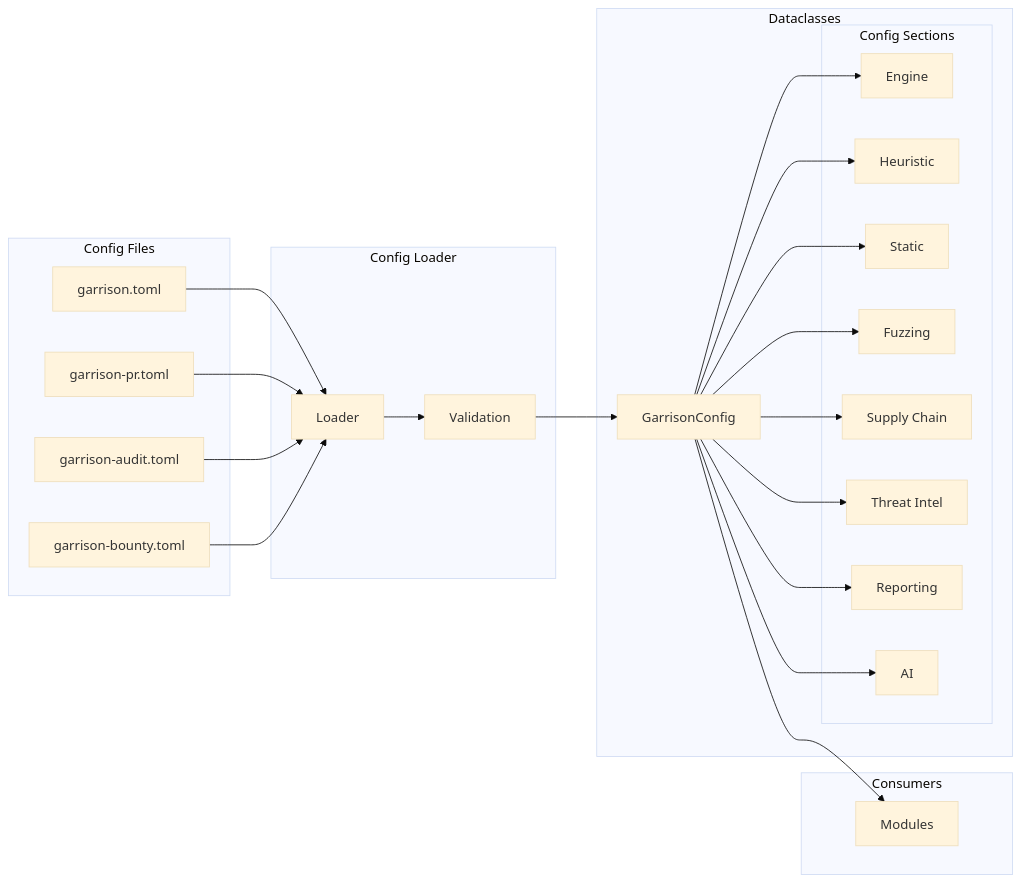
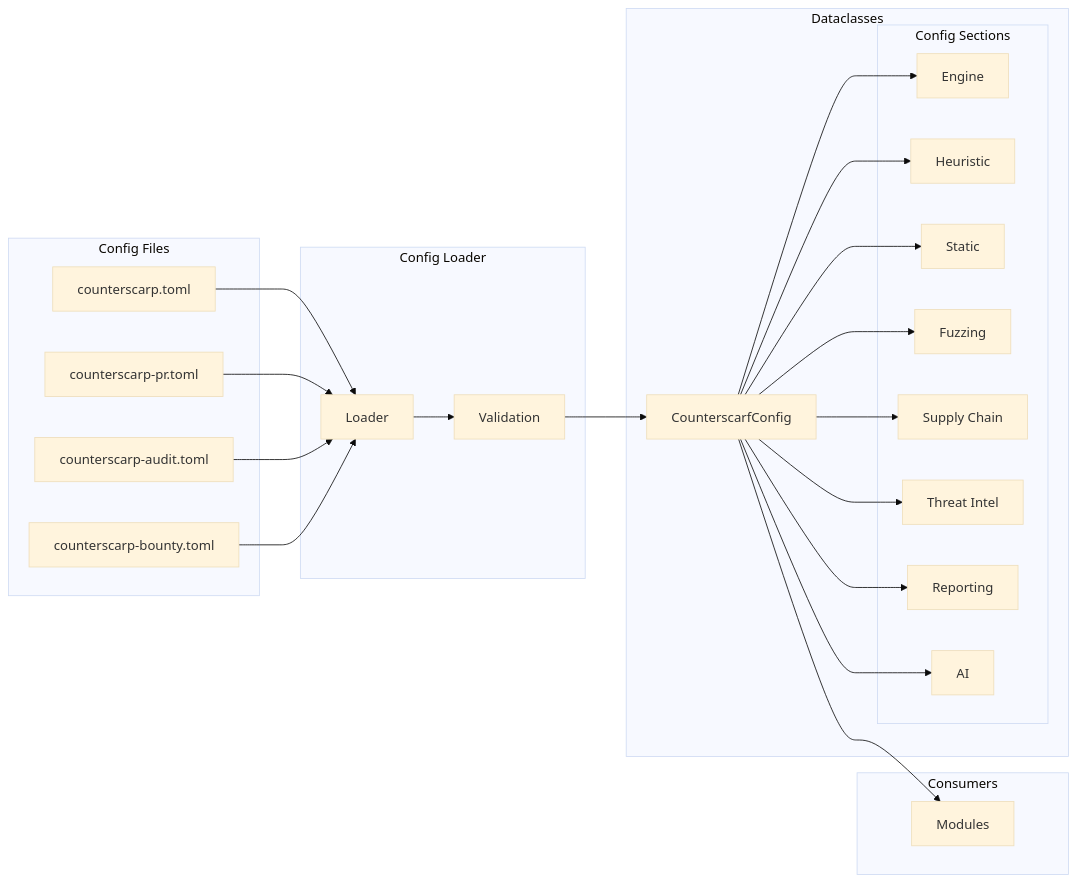
The fifth of 13 diagrams in ARCHITECTURE.md (RunTimeAdmin/counterscarp), drawn with Mermaid (base theme) before and after one commit. The commit also changed other lines of this file and 76 other files, not shown here.

````diff
--- a/ARCHITECTURE.md
+++ b/ARCHITECTURE.md
@@ -454,52 +454,52 @@
 ```mermaid
 flowchart LR
     subgraph ConfigFiles["Config Files"]
-        BASE["garrison.toml"]
-        PR["garrison-pr.toml"]
-        AUDIT["garrison-audit.toml"]
-        BOUNTY["garrison-bounty.toml"]
+        BASE["counterscarp.toml"]
+        PR["counterscarp-pr.toml"]
+        AUDIT["counterscarp-audit.toml"]
+        BOUNTY["counterscarp-bounty.toml"]
     end
 
     subgraph Loader["Config Loader"]
         LOADER["Loader"]
         VALIDATE["Validation"]
     end
 
     subgraph DataClasses["Dataclasses"]
-        ROOT["GarrisonConfig"]
+        ROOT["CounterscarfConfig"]
 
         subgraph Sections["Config Sections"]
             ENGINE["Engine"]
             HEUR["Heuristic"]
             STATIC["Static"]
             FUZZ["Fuzzing"]
             SC["Supply Chain"]
             TI["Threat Intel"]
             REP["Reporting"]
             AI["AI"]
         end
     end
 
     subgraph Consumers["Consumers"]
         MODULES["Modules"]
     end
 
     BASE --> LOADER
     PR --> LOADER
     AUDIT --> LOADER
     BOUNTY --> LOADER
 
     LOADER --> VALIDATE
     VALIDATE --> ROOT
 
     ROOT --> ENGINE
     ROOT --> HEUR
     ROOT --> STATIC
     ROOT --> FUZZ
     ROOT --> SC
     ROOT --> TI
     ROOT --> REP
     ROOT --> AI
 
     ROOT --> MODULES
 ```
````
